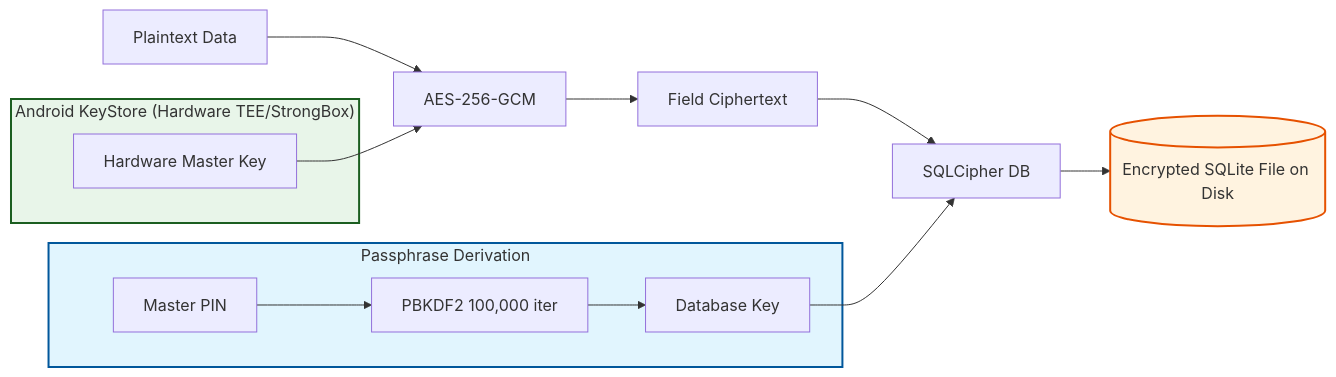
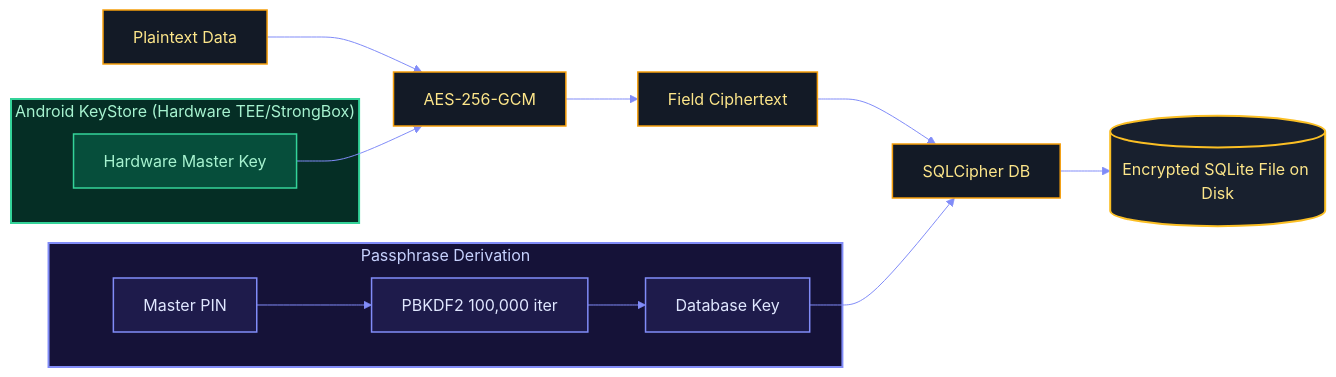
One commit to dwinsi/kunjika changed the first of 3 diagrams in docs/security.md. Above: the diagram before and after it, drawn with Mermaid. The commit also changed other lines of this file and 13 other files, not shown here.

Commit message:
docs: add status badges and custom Mermaid themes to project documentation

````diff
--- a/docs/security.md
+++ b/docs/security.md
@@ -11,20 +17,44 @@
 ```mermaid
+%%{init: {
+  'theme': 'base',
+  'themeVariables': {
+    'darkMode': true,
+    'background': '#07090E',
+    'mainBkg': '#0F141C',
+    'primaryColor': '#131A26',
+    'primaryTextColor': '#F8FAFC',
+    'primaryBorderColor': '#F59E0B',
+    'lineColor': '#818CF8',
+    'clusterBkg': '#0F141C',
+    'clusterBorder': '#2B374A',
+    'edgeLabelBackground': '#18202E'
+  }
+}}%%
 graph LR
     P[Plaintext Data] --> E1[AES-256-GCM]
     subgraph KS ["Android KeyStore (Hardware TEE/StrongBox)"]
         K1[Hardware Master Key]
     end
     K1 --> E1
     E1 --> C[Field Ciphertext]
     C --> E2[SQLCipher DB]
     subgraph RP ["Passphrase Derivation"]
         PIN[Master PIN] --> PBKDF2[PBKDF2 100,000 iter]
         PBKDF2 --> K2[Database Key]
     end
     K2 --> E2
     E2 --> D[(Encrypted SQLite File on Disk)]
 
-    style KS fill:#e8f5e9,stroke:#1b5e20,stroke-width:2px
-    style RP fill:#e1f5fe,stroke:#01579b,stroke-width:2px
-    style D fill:#fff3e0,stroke:#e65100,stroke-width:2px
+    classDef gold fill:#131A26,stroke:#F59E0B,stroke-width:1.5px,color:#FDE68A;
+    classDef indigo fill:#1E1B4B,stroke:#818CF8,stroke-width:1.5px,color:#E0E7FF;
+    classDef emerald fill:#064E3B,stroke:#34D399,stroke-width:1.5px,color:#A7F3D0;
+    classDef storage fill:#18202E,stroke:#FBBF24,stroke-width:2px,color:#FDE68A;
+
+    class P,C,E1,E2 gold;
+    class K1 emerald;
+    class PIN,PBKDF2,K2 indigo;
+    class D storage;
+
+    style KS fill:#052e25,stroke:#34D399,stroke-width:2px,color:#A7F3D0
+    style RP fill:#151238,stroke:#818CF8,stroke-width:2px,color:#C7D2FE
 ```
````
